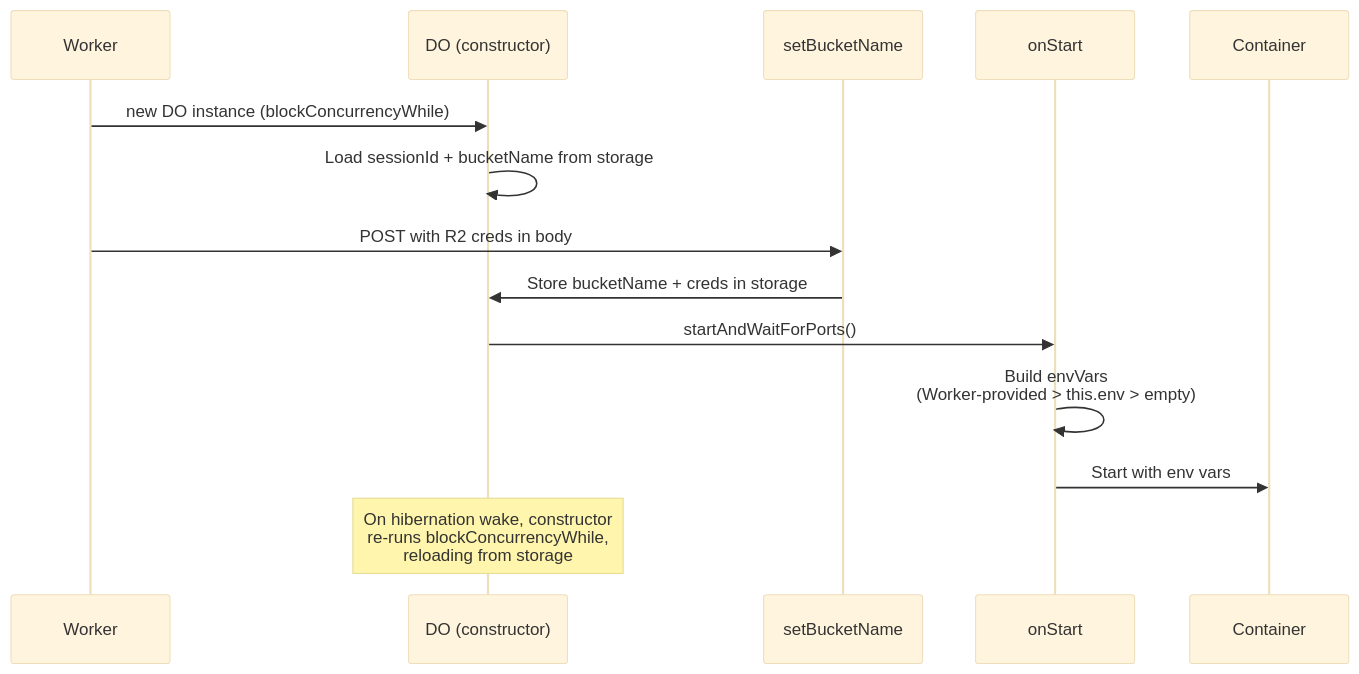
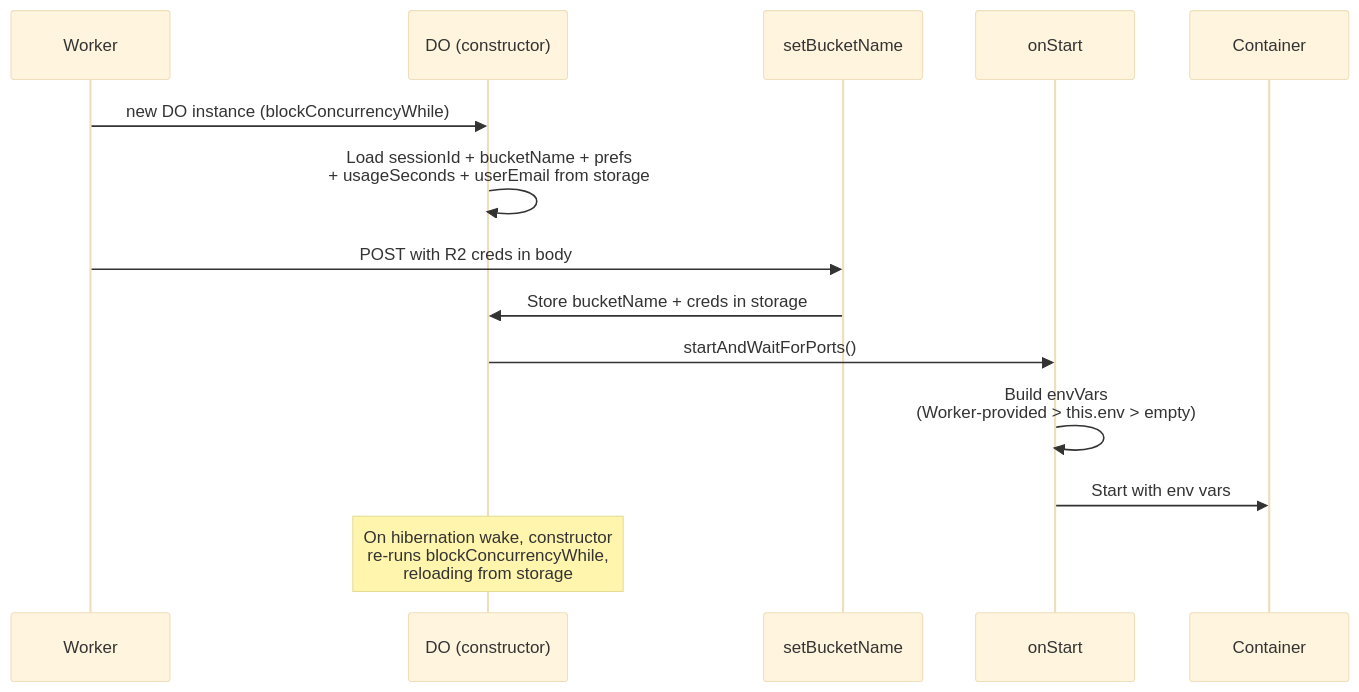
One commit to nikolanovoselec/codeflare changed the third of 14 diagrams in TECHNICAL.md. Above: the diagram before and after it, drawn with Mermaid (base theme). The commit also changed other lines of this file and 26 other files, not shown here.

````diff
--- a/TECHNICAL.md
+++ b/TECHNICAL.md
@@ -156,17 +162,17 @@
 ```mermaid
 sequenceDiagram
     participant W as Worker
     participant DO as DO (constructor)
     participant SBN as setBucketName
     participant OS as onStart
     participant C as Container
 
     W->>DO: new DO instance (blockConcurrencyWhile)
-    DO->>DO: Load sessionId + bucketName from storage
+    DO->>DO: Load sessionId + bucketName + prefs<br/>+ usageSeconds + userEmail from storage
     W->>SBN: POST with R2 creds in body
     SBN->>DO: Store bucketName + creds in storage
     DO->>OS: startAndWaitForPorts()
     OS->>OS: Build envVars<br/>(Worker-provided > this.env > empty)
     OS->>C: Start with env vars
     Note over DO: On hibernation wake, constructor<br/>re-runs blockConcurrencyWhile,<br/>reloading from storage
 ```
````
